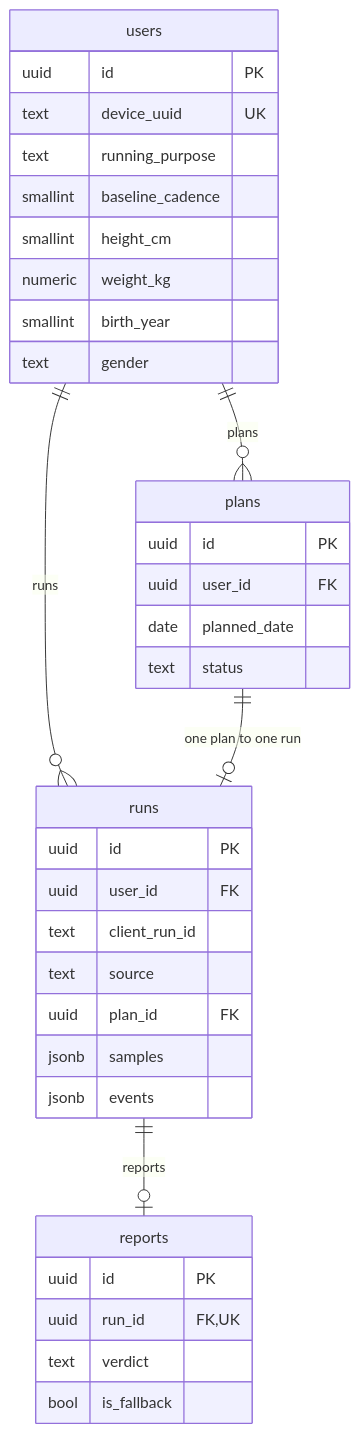
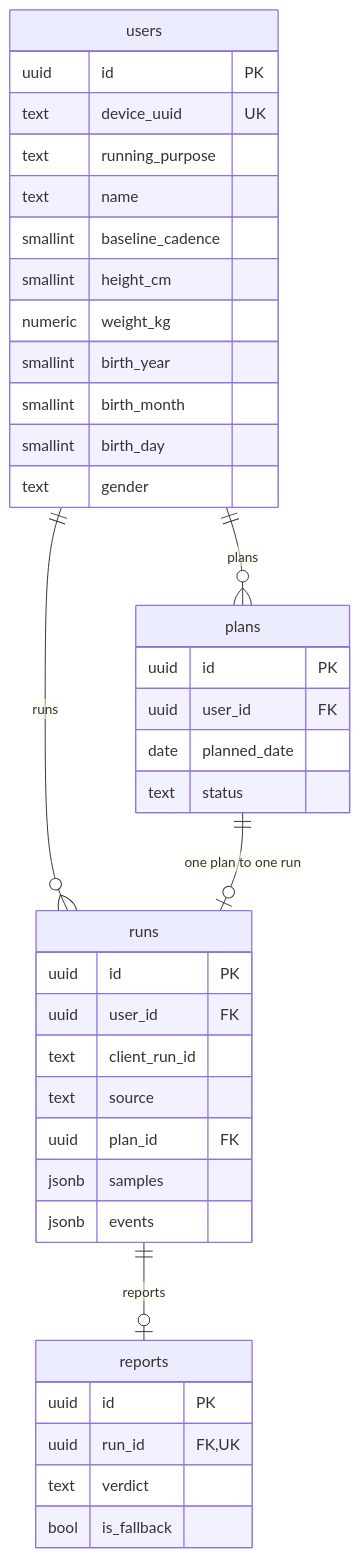
The diagram in docs/ERD.md (Gonu19/Dalli), drawn with Mermaid before and after one commit. The commit also changed other lines of this file and 11 other files, not shown here.

````diff
--- a/docs/ERD.md
+++ b/docs/ERD.md
@@ -7,39 +7,42 @@
 ```mermaid
 erDiagram
     users ||--o{ runs : "runs"
     users ||--o{ plans : "plans"
     runs  ||--o| reports : "reports"
     plans ||--o| runs : "one plan to one run"
 
     users {
         uuid id PK
         text device_uuid UK
         text running_purpose
+        text name
         smallint baseline_cadence
         smallint height_cm
         numeric weight_kg
         smallint birth_year
+        smallint birth_month
+        smallint birth_day
         text gender
     }
     runs {
         uuid id PK
         uuid user_id FK
         text client_run_id
         text source
         uuid plan_id FK
         jsonb samples
         jsonb events
     }
     reports {
         uuid id PK
         uuid run_id FK,UK
         text verdict
         bool is_fallback
     }
     plans {
         uuid id PK
         uuid user_id FK
         date planned_date
         text status
     }
 ```
````
